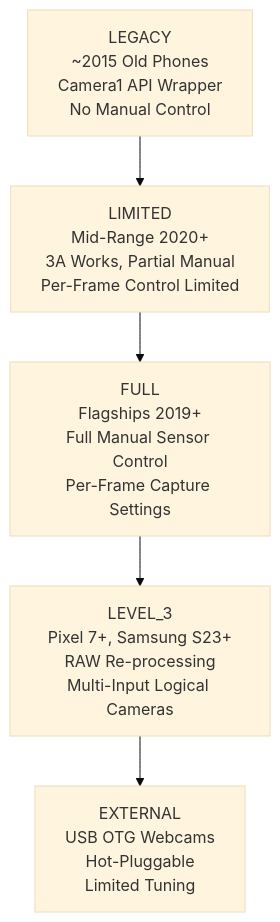
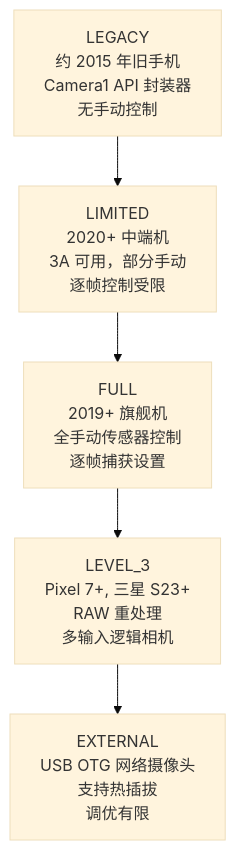
Before and after one commit to zoozooll/AndroidCameraParameters: the first of 2 diagrams in website/i18n/zh-Hans/docusaurus-plugin-content-docs/current/camera2/exploring-your-phones-camera.md, drawn with Mermaid (base theme). The commit also changed other lines of this file and 378 other files, not shown here.

````diff
--- a/website/i18n/zh-Hans/docusaurus-plugin-content-docs/current/camera2/exploring-your-phones-camera.md
+++ b/website/i18n/zh-Hans/docusaurus-plugin-content-docs/current/camera2/exploring-your-phones-camera.md
@@ -72,7 +72,7 @@
 ```mermaid
 graph TD
-    A[LEGACY\n~2015 Old Phones\nCamera1 API Wrapper\nNo Manual Control] --> B[LIMITED\nMid-Range 2020+\n3A Works, Partial Manual\nPer-Frame Control Limited]
-    B --> C[FULL\nFlagships 2019+\nFull Manual Sensor Control\nPer-Frame Capture Settings]
-    C --> D[LEVEL_3\nPixel 7+, Samsung S23+\nRAW Re-processing\nMulti-Input Logical Cameras]
-    D --> E[EXTERNAL\nUSB OTG Webcams\nHot-Pluggable\nLimited Tuning]
+    A["LEGACY<br/>约 2015 年旧手机<br/>Camera1 API 封装器<br/>无手动控制"] --> B["LIMITED<br/>2020+ 中端机<br/>3A 可用，部分手动<br/>逐帧控制受限"]
+    B --> C[FULL<br/>2019+ 旗舰机<br/>全手动传感器控制<br/>逐帧捕获设置]
+    C --> D[LEVEL_3<br/>Pixel 7+, 三星 S23+<br/>RAW 重处理<br/>多输入逻辑相机]
+    D --> E[EXTERNAL<br/>USB OTG 网络摄像头<br/>支持热插拔<br/>调优有限]
 ```
````
